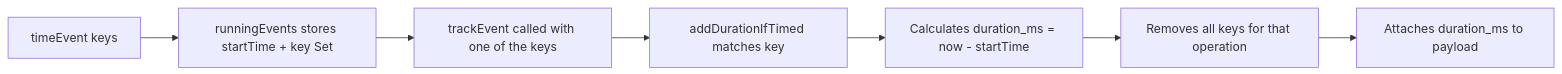
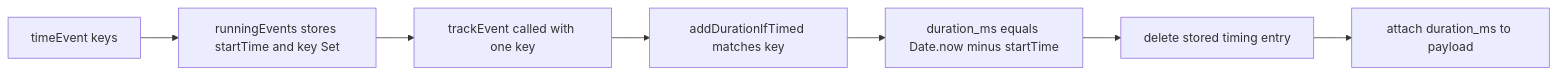
The fourth of 5 diagrams in packages/@webex/contact-center/src/metrics/ai-docs/ARCHITECTURE.md (webex/webex-js-sdk), drawn with Mermaid before and after one commit. The commit also changed other lines of this file and 39 other files, not shown here.

````diff
--- a/packages/@webex/contact-center/src/metrics/ai-docs/ARCHITECTURE.md
+++ b/packages/@webex/contact-center/src/metrics/ai-docs/ARCHITECTURE.md
@@ -188,9 +122,9 @@
 ```mermaid
 flowchart LR
-    A[timeEvent keys] --> B[runningEvents stores startTime + key Set]
-    B --> C[trackEvent called with one of the keys]
-    C --> D[addDurationIfTimed matches key]
-    D --> E[Calculates duration_ms = now - startTime]
-    E --> F[Removes all keys for that operation]
-    F --> G[Attaches duration_ms to payload]
+  A[timeEvent keys] --> B[runningEvents stores startTime and key Set]
+  B --> C[trackEvent called with one key]
+  C --> D[addDurationIfTimed matches key]
+  D --> E[duration_ms equals Date.now minus startTime]
+  E --> F[delete stored timing entry]
+  F --> G[attach duration_ms to payload]
 ```
````
